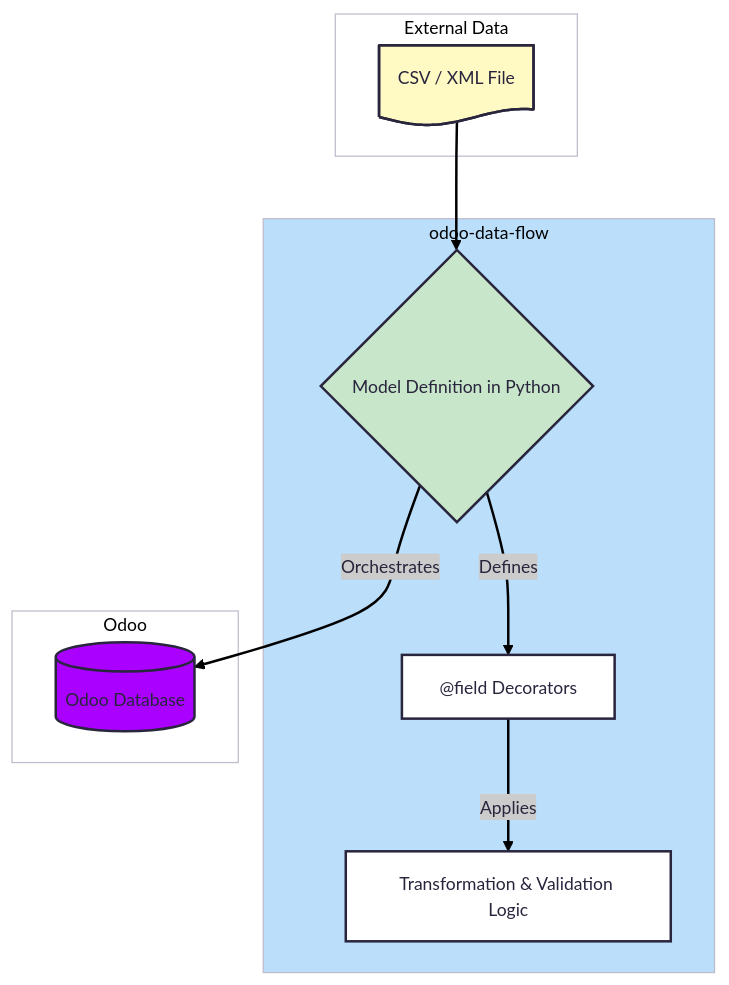
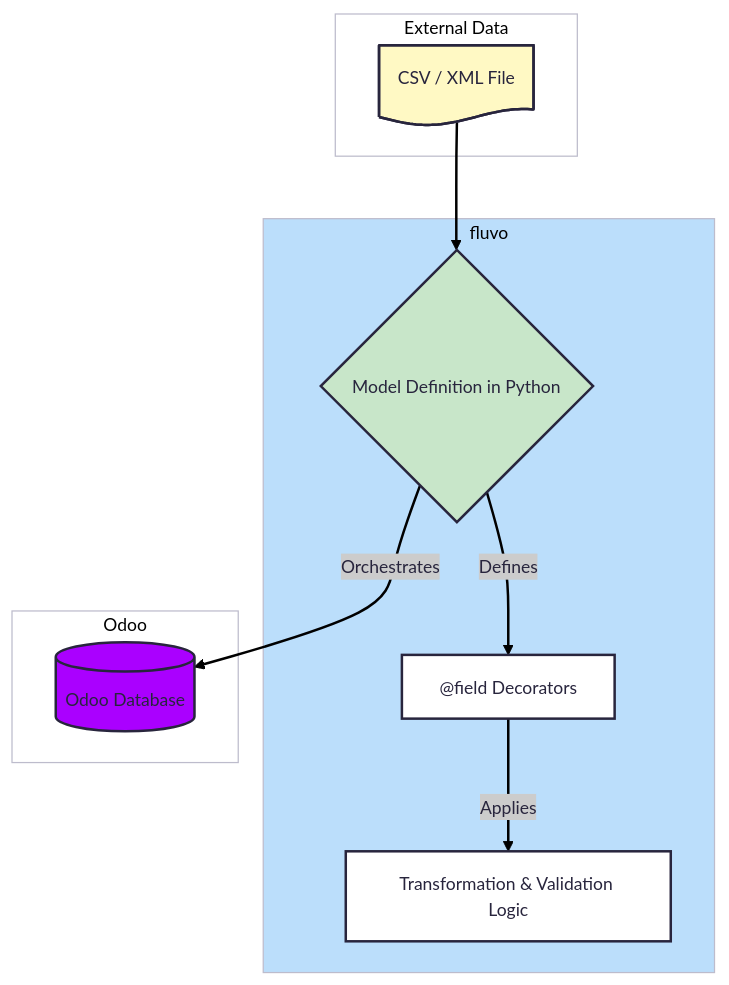
Before and after one commit to GetFluvo/fluvo: the diagram in docs/index.md, drawn with Mermaid. The commit also changed other lines of this file and 144 other files, not shown here.

Commit message:
Rebrand odoo-data-flow → Fluvo; add LGPL attribution (odoo_csv_import) & CLA

````diff
--- a/docs/index.md
+++ b/docs/index.md
@@ -15,32 +15,32 @@
 ```{mermaid}
 ---
 config:
   theme: redux
 ---
 flowchart TD
  subgraph subGraph0["External Data"]
         A["CSV / XML File"]
   end
- subgraph s1["odoo-data-flow"]
+ subgraph s1["fluvo"]
         B{"Model Definition in Python"}
         C["@field Decorators"]
         D["Transformation & Validation Logic"]
   end
  subgraph Odoo["Odoo"]
         E["Odoo Database"]
   end
     A --> B
     B -- Defines --> C
     C -- Applies --> D
     B -- Orchestrates --> E
     A@{ shape: doc}
     E@{ shape: cyl}
     style A fill:#FFF9C4
     style B fill:#C8E6C9
     style E fill:#AA00FF
     style s1 fill:#BBDEFB
     style Odoo fill:transparent
     style subGraph0 fill:transparent
 
 
 ```
````
